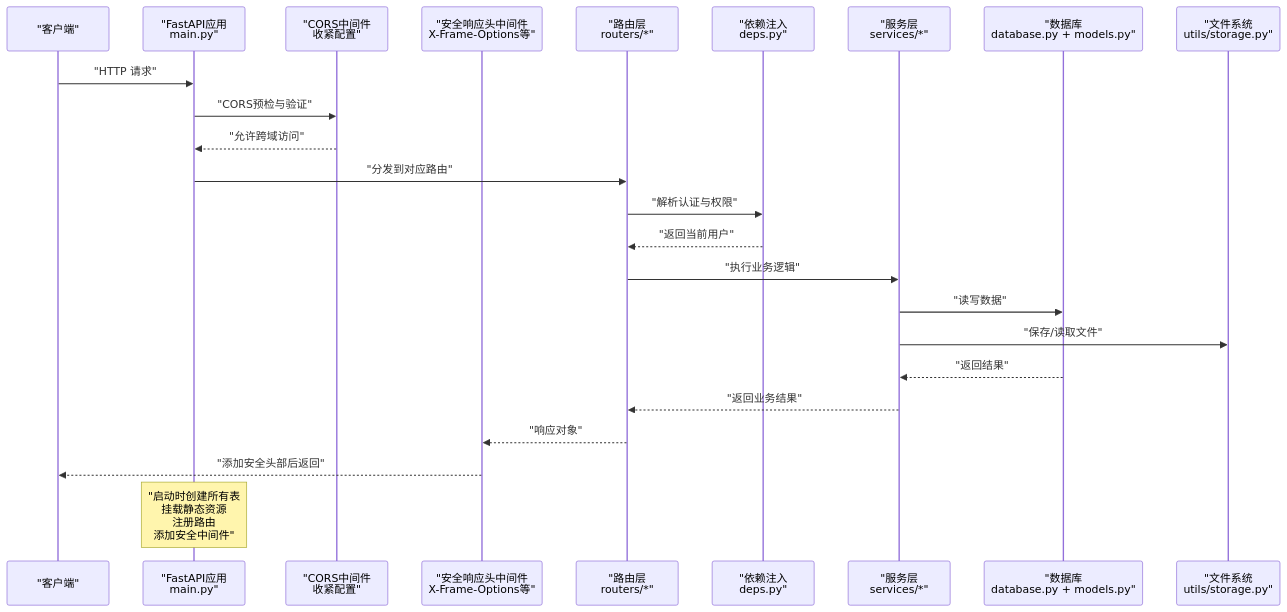
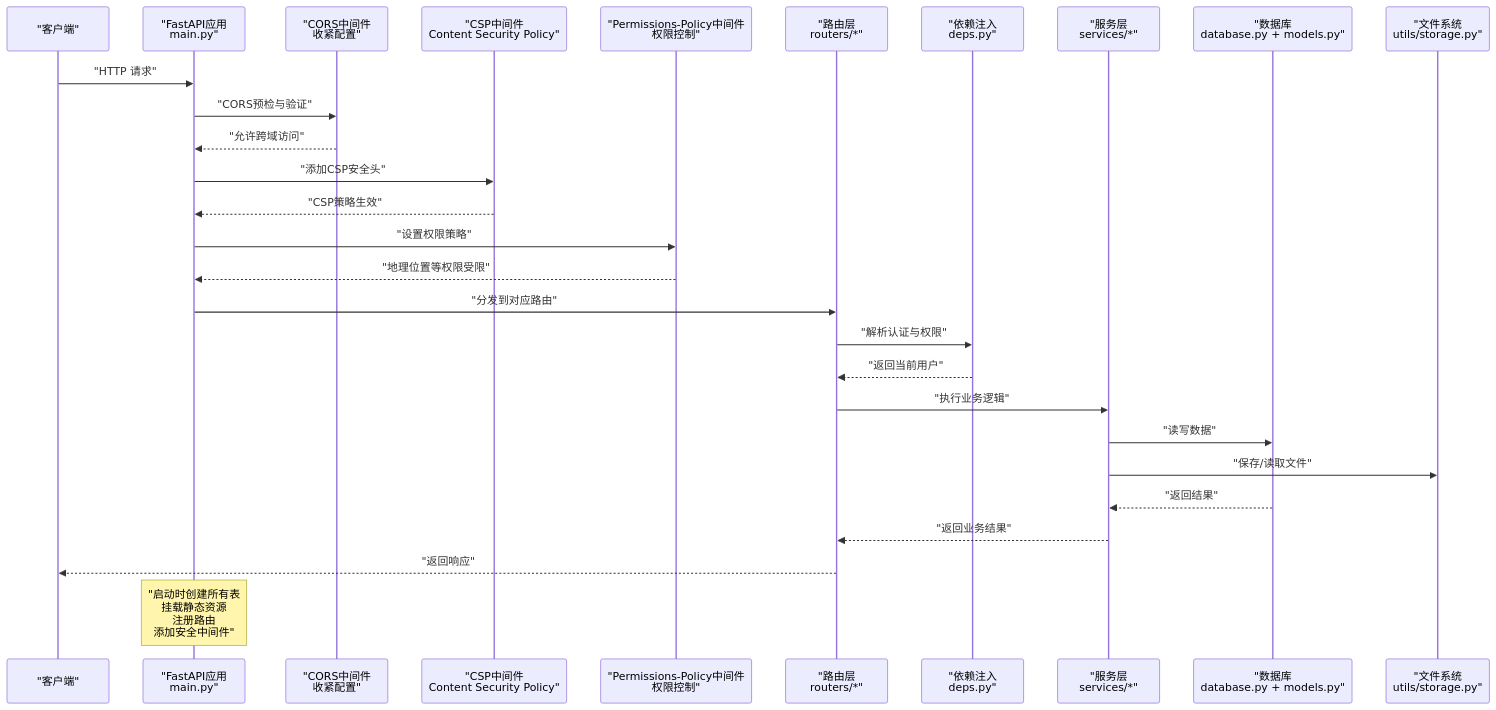
One commit to onebody/homework changed the second of 7 diagrams in .qoder/repowiki/zh/content/暑假作业打卡系统/后端服务架构/FastAPI应用核心.md. Above: the diagram before and after it, drawn with Mermaid. The commit also changed other lines of this file and 28 other files, not shown here.

````diff
--- a/.qoder/repowiki/zh/content/暑假作业打卡系统/后端服务架构/FastAPI应用核心.md
+++ b/.qoder/repowiki/zh/content/暑假作业打卡系统/后端服务架构/FastAPI应用核心.md
@@ -126,26 +129,30 @@
 ```mermaid
 sequenceDiagram
 participant Client as "客户端"
 participant App as "FastAPI应用<br/>main.py"
 participant CORS as "CORS中间件<br/>收紧配置"
-participant Security as "安全响应头中间件<br/>X-Frame-Options等"
+participant CSP as "CSP中间件<br/>Content Security Policy"
+participant PermPolicy as "Permissions-Policy中间件<br/>权限控制"
 participant Router as "路由层<br/>routers/*"
 participant Deps as "依赖注入<br/>deps.py"
 participant Service as "服务层<br/>services/*"
 participant DB as "数据库<br/>database.py + models.py"
 participant FS as "文件系统<br/>utils/storage.py"
 Client->>App : "HTTP 请求"
 App->>CORS : "CORS预检与验证"
 CORS-->>App : "允许跨域访问"
+App->>CSP : "添加CSP安全头"
+CSP-->>App : "CSP策略生效"
+App->>PermPolicy : "设置权限策略"
+PermPolicy-->>App : "地理位置等权限受限"
 App->>Router : "分发到对应路由"
 Router->>Deps : "解析认证与权限"
 Deps-->>Router : "返回当前用户"
 Router->>Service : "执行业务逻辑"
 Service->>DB : "读写数据"
 Service->>FS : "保存/读取文件"
 DB-->>Service : "返回结果"
 Service-->>Router : "返回业务结果"
-Router-->>Security : "响应对象"
-Security-->>Client : "添加安全头部后返回"
+Router-->>Client : "返回响应"
 Note over App : "启动时创建所有表<br/>挂载静态资源<br/>注册路由<br/>添加安全中间件"
 ```
````
